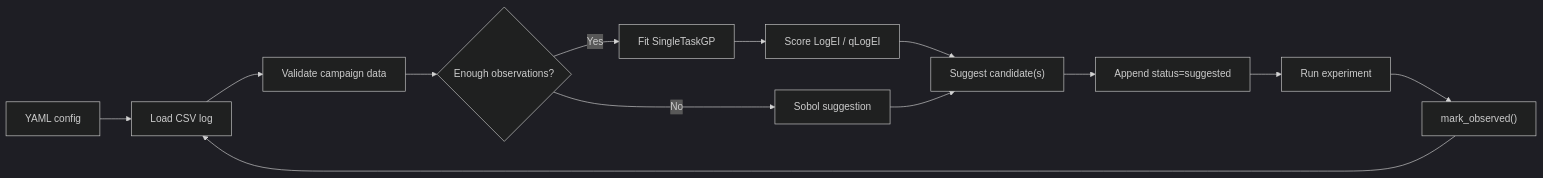
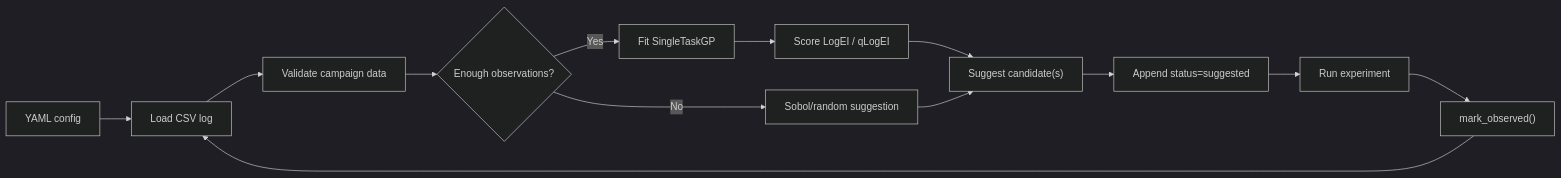
One commit to angzeli/bo-forge changed the diagram in README.md. Above: the diagram before and after it, drawn with Mermaid (dark theme). The commit also changed other lines of this file and 25 other files, not shown here.

````diff
--- a/README.md
+++ b/README.md
@@ -27,15 +27,15 @@
 ```mermaid
 flowchart LR
     A["YAML config"] --> B["Load CSV log"]
     B --> C["Validate campaign data"]
     C --> D{"Enough observations?"}
-    D -- "No" --> E["Sobol suggestion"]
+    D -- "No" --> E["Sobol/random suggestion"]
     D -- "Yes" --> F["Fit SingleTaskGP"]
     F --> G["Score LogEI / qLogEI"]
     G --> H["Suggest candidate(s)"]
     E --> H
     H --> I["Append status=suggested"]
     I --> J["Run experiment"]
     J --> K["mark_observed()"]
     K --> B
 ```
````
